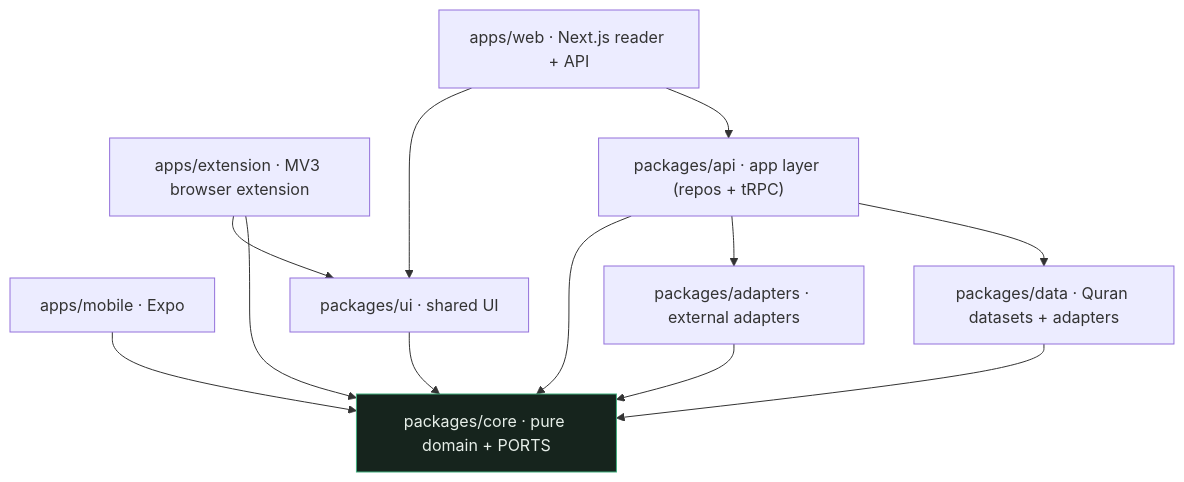
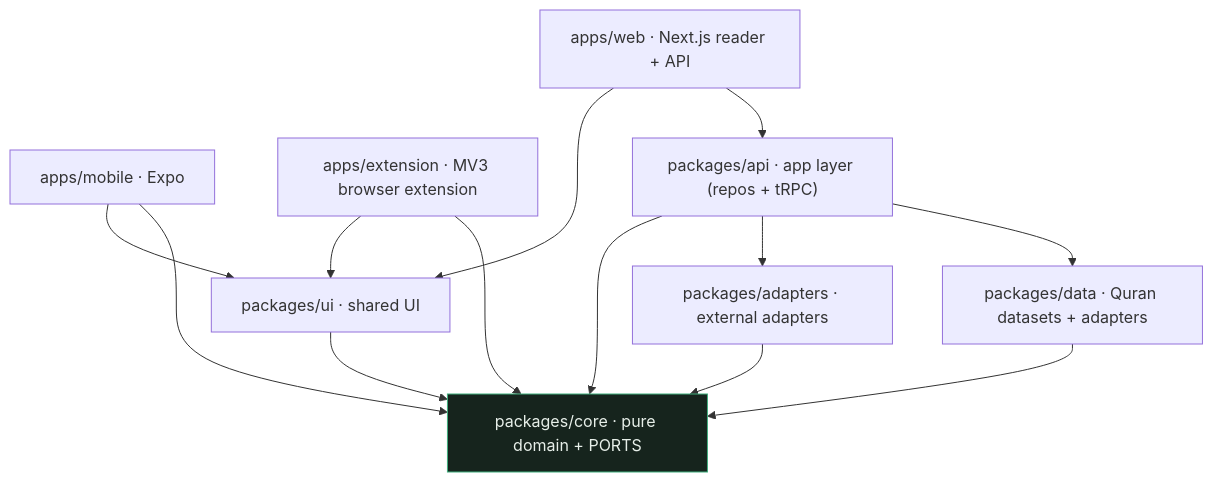
Before and after one commit to UmmahLibrary/ummah-library: the first of 4 diagrams in ARCHITECTURE.md, drawn with Mermaid. The commit also changed other lines of this file and 2 other files, not shown here.

First line of the commit message:
docs: sync README, ARCHITECTURE & API with shipped features

````diff
--- a/ARCHITECTURE.md
+++ b/ARCHITECTURE.md
@@ -13,25 +13,26 @@
 ```mermaid
 flowchart TD
   web["apps/web · Next.js reader + API"]
   mobile["apps/mobile · Expo"]
   extension["apps/extension · MV3 browser extension"]
   api["packages/api · app layer (repos + tRPC)"]
   data["packages/data · Quran datasets + adapters"]
   adapters["packages/adapters · external adapters"]
   ui["packages/ui · shared UI"]
   core["packages/core · pure domain + PORTS"]
 
   web --> api
   web --> ui
   mobile --> core
+  mobile --> ui
   extension --> core
   extension --> ui
   api --> data
   api --> adapters
   api --> core
   data --> core
   adapters --> core
   ui --> core
 
   style core fill:#16241d,stroke:#3fae7d,color:#e7efe9
 ```
````
